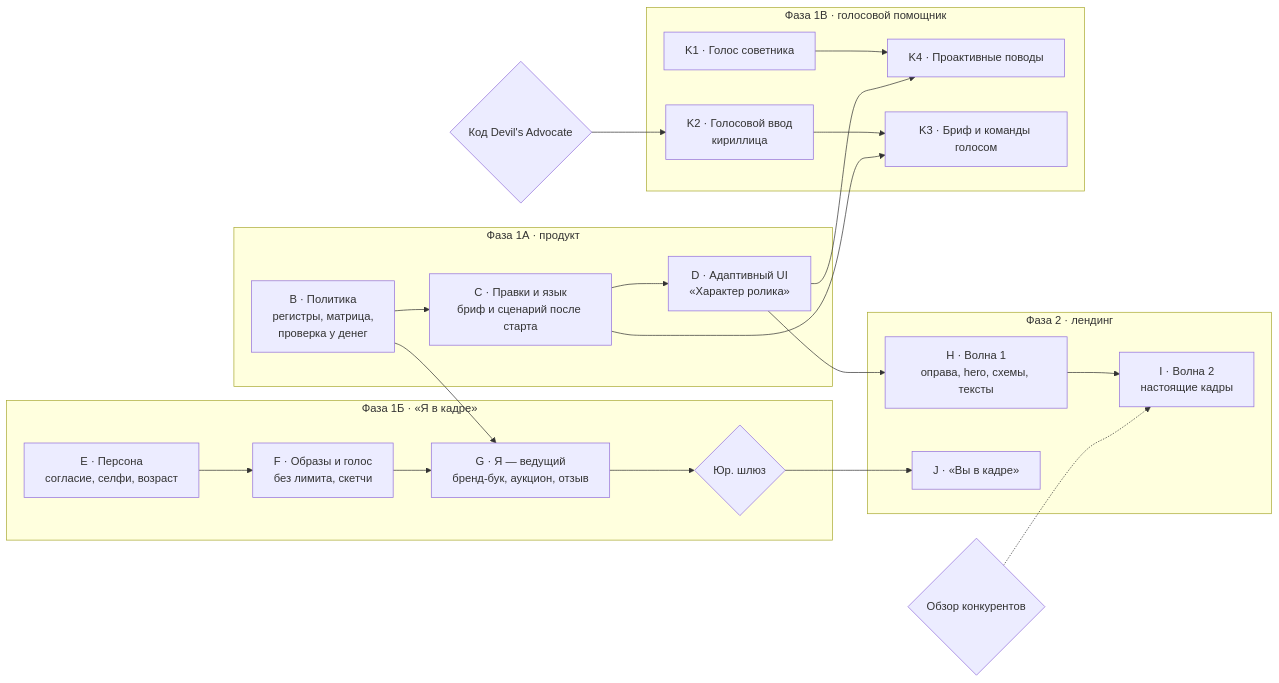
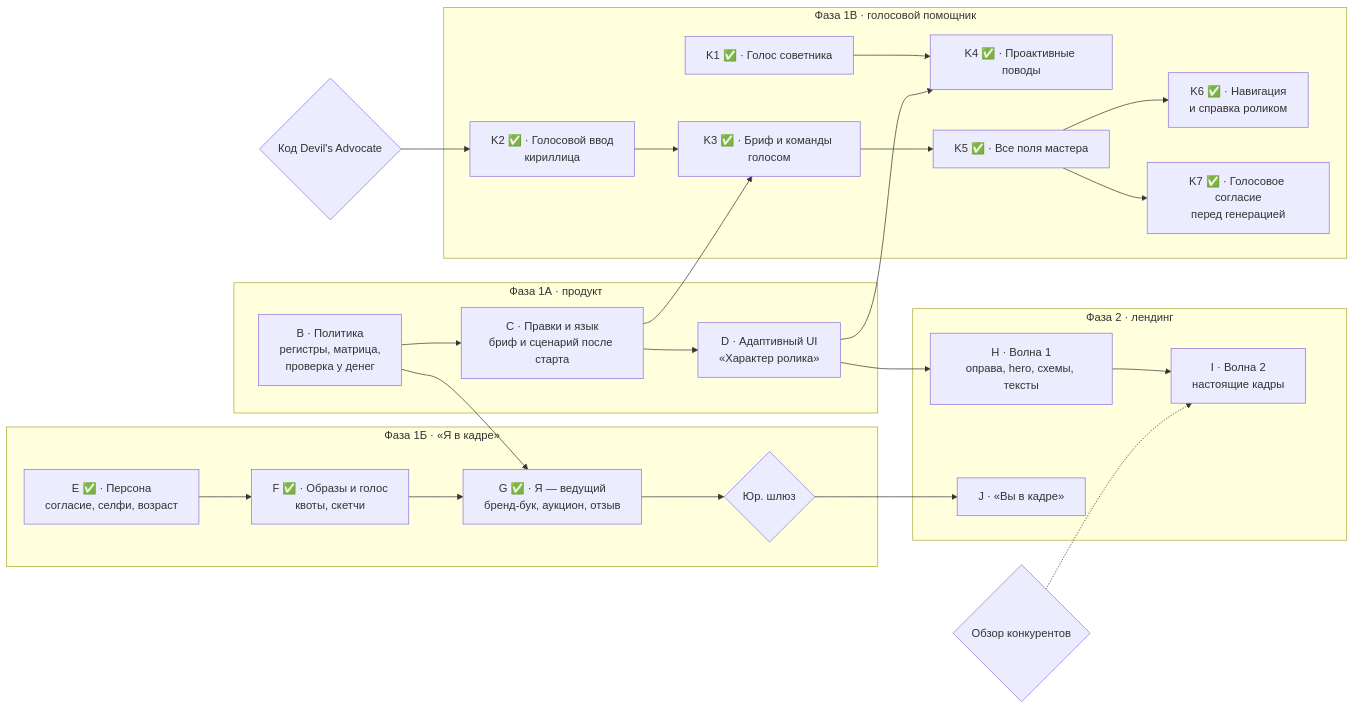
Before and after one commit to tarasenkoandriii/viral4creators: the diagram in docs-tz/TZ-Greeting-2.0-Adaptive-Persona-Landing.md, drawn with Mermaid. The commit also changed other lines of this file and 230 other files, not shown here.

````diff
--- a/docs-tz/TZ-Greeting-2.0-Adaptive-Persona-Landing.md
+++ b/docs-tz/TZ-Greeting-2.0-Adaptive-Persona-Landing.md
@@ -588,24 +595,27 @@
 ```mermaid
 flowchart LR
   subgraph P1A["Фаза 1А · продукт"]
     B["B · Политика<br/>регистры, матрица,<br/>проверка у денег"] --> C["C · Правки и язык<br/>бриф и сценарий после старта"] --> D["D · Адаптивный UI<br/>«Характер ролика»"]
   end
   subgraph P2["Фаза 2 · лендинг"]
     H["H · Волна 1<br/>оправа, hero, схемы, тексты"] --> I["I · Волна 2<br/>настоящие кадры"]
     J["J · «Вы в кадре»"]
   end
   subgraph P1B["Фаза 1Б · «Я в кадре»"]
-    E["E · Персона<br/>согласие, селфи, возраст"] --> F["F · Образы и голос<br/>без лимита, скетчи"] --> G["G · Я — ведущий<br/>бренд-бук, аукцион, отзыв"] --> L{"Юр. шлюз"}
+    E["E ✅ · Персона<br/>согласие, селфи, возраст"] --> F["F ✅ · Образы и голос<br/>квоты, скетчи"] --> G["G ✅ · Я — ведущий<br/>бренд-бук, аукцион, отзыв"] --> L{"Юр. шлюз"}
   end
   D --> H
   B --> G
   L --> J
   O{"Обзор конкурентов"} -.-> I
   subgraph P1C["Фаза 1В · голосовой помощник"]
-    K1["K1 · Голос советника"] --> K4["K4 · Проактивные поводы"]
-    K2["K2 · Голосовой ввод<br/>кириллица"] --> K3["K3 · Бриф и команды голосом"]
+    K1["K1 ✅ · Голос советника"] --> K4["K4 ✅ · Проактивные поводы"]
+    K2["K2 ✅ · Голосовой ввод<br/>кириллица"] --> K3["K3 ✅ · Бриф и команды голосом"]
+    K3 --> K5["K5 ✅ · Все поля мастера"]
+    K5 --> K6["K6 ✅ · Навигация<br/>и справка роликом"]
+    K5 --> K7["K7 ✅ · Голосовое согласие<br/>перед генерацией"]
   end
   DA{"Код Devil's Advocate"} --> K2
   C --> K3
   D --> K4
 ```
````
